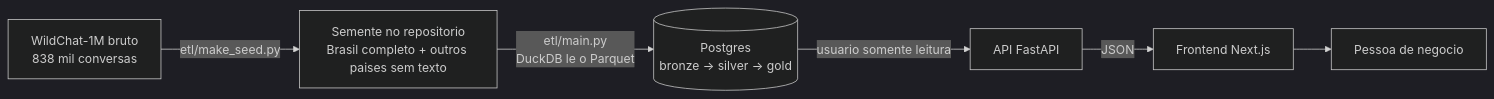
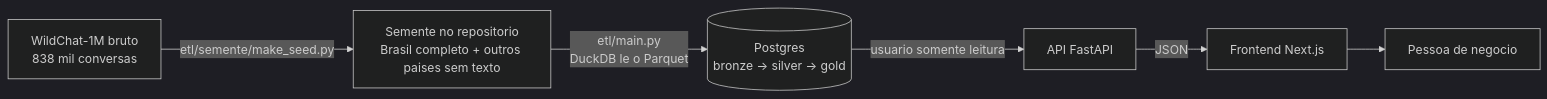
One commit to alphaonix/Acaso changed the diagram in docs/arquitetura.md. Above: the diagram before and after it, drawn with Mermaid (dark theme). The commit also changed other lines of this file and 53 other files, not shown here.

Commit message:
ETL reorganizado por camada: camadas/bronze|silver|gold (limpar, construir, auditar, validar, LEIA-ME), comum/ e semente/; main.py vira a receita; validacao ao fim de cada camada

````diff
--- a/docs/arquitetura.md
+++ b/docs/arquitetura.md
@@ -4,8 +4,8 @@
 ```mermaid
 flowchart LR
-  A[WildChat-1M bruto<br/>838 mil conversas] -->|etl/make_seed.py| B[Semente no repositorio<br/>Brasil completo + outros paises sem texto]
+  A[WildChat-1M bruto<br/>838 mil conversas] -->|etl/semente/make_seed.py| B[Semente no repositorio<br/>Brasil completo + outros paises sem texto]
   B -->|etl/main.py<br/>DuckDB le o Parquet| C[(Postgres<br/>bronze -> silver -> gold)]
   C -->|usuario somente leitura| D[API FastAPI]
   D -->|JSON| E[Frontend Next.js]
   E --> F[Pessoa de negocio]
 ```
````
